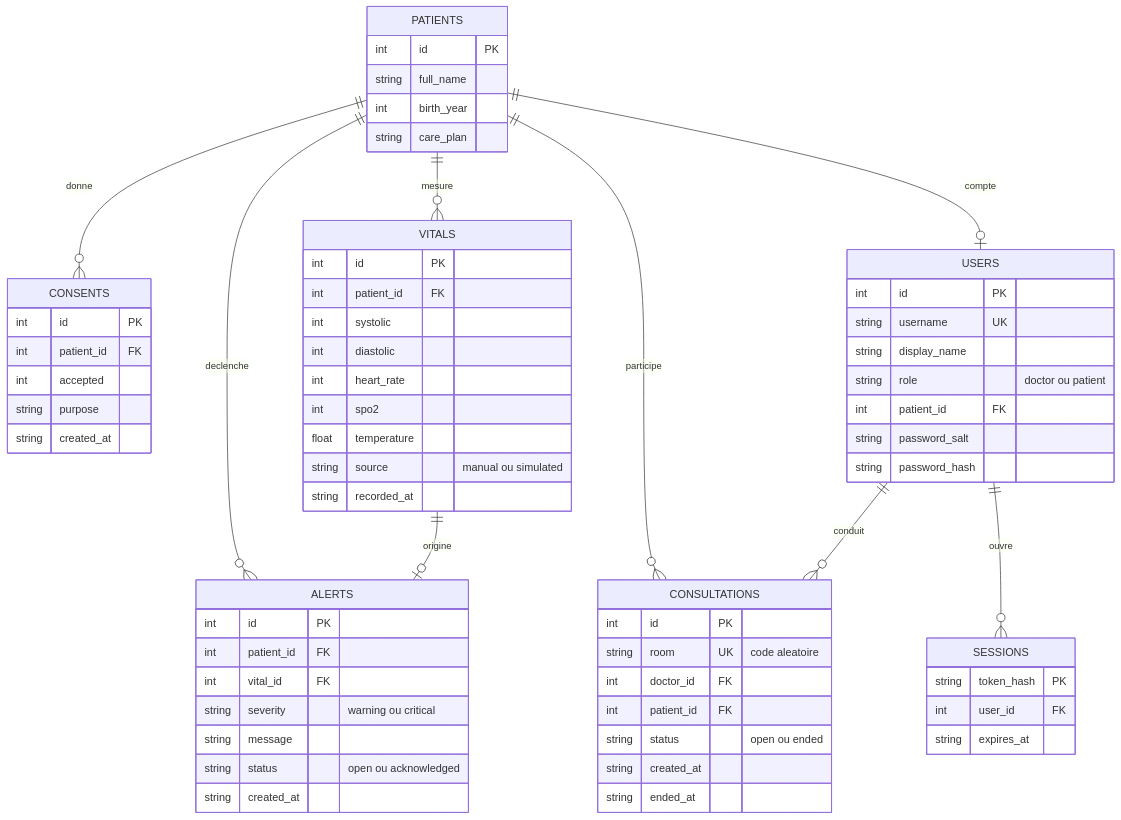
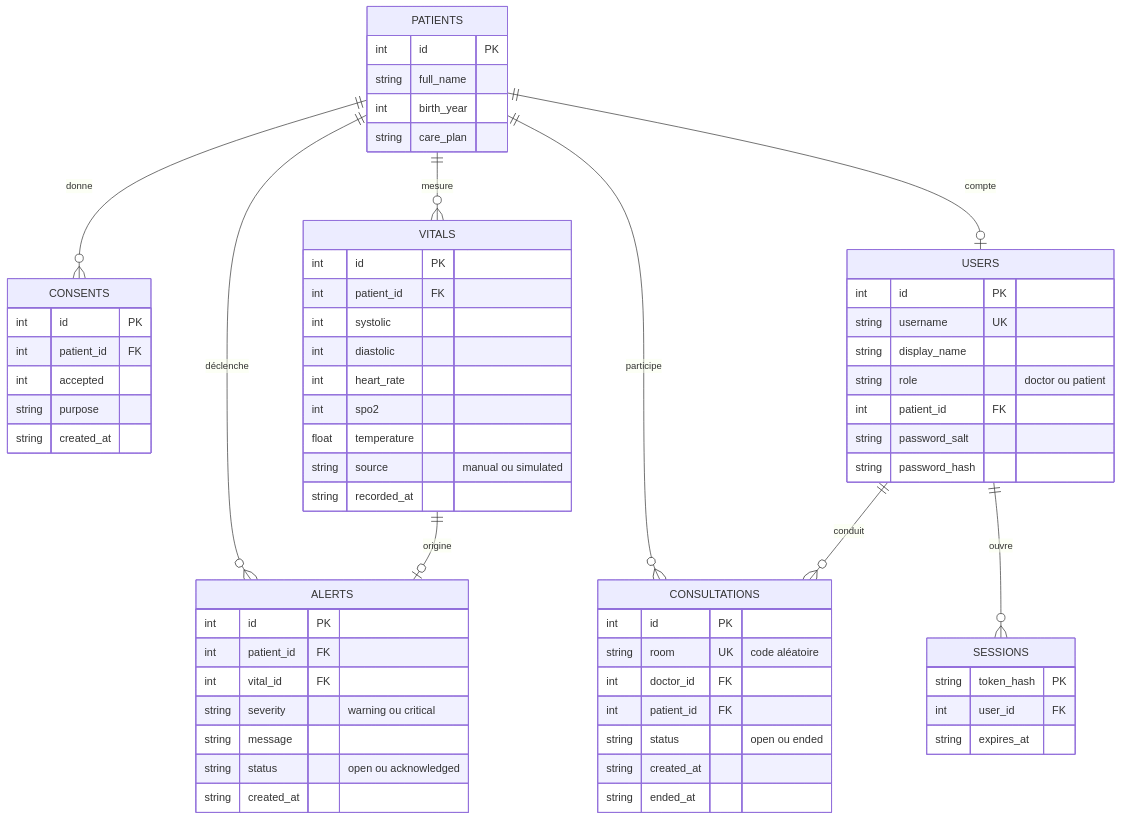
Before and after one commit to Marouan333/sahalink: the second of 2 diagrams in docs/architecture.md, drawn with Mermaid. The commit also changed other lines of this file and 15 other files, not shown here.

First line of the commit message:
feat: patient registration, patient list, vital-sign charts, hardening, accents

````diff
--- a/docs/architecture.md
+++ b/docs/architecture.md
@@ -62,67 +62,67 @@
 ```mermaid
 erDiagram
   PATIENTS ||--o{ CONSENTS : donne
   PATIENTS ||--o{ VITALS : mesure
-  PATIENTS ||--o{ ALERTS : declenche
+  PATIENTS ||--o{ ALERTS : déclenche
   VITALS ||--o| ALERTS : origine
   PATIENTS ||--o{ CONSULTATIONS : participe
   USERS ||--o{ CONSULTATIONS : conduit
   USERS ||--o{ SESSIONS : ouvre
   PATIENTS ||--o| USERS : compte
   PATIENTS {
     int id PK
     string full_name
     int birth_year
     string care_plan
   }
   USERS {
     int id PK
     string username UK
     string display_name
     string role "doctor ou patient"
     int patient_id FK
     string password_salt
     string password_hash
   }
   SESSIONS {
     string token_hash PK
     int user_id FK
     string expires_at
   }
   CONSENTS {
     int id PK
     int patient_id FK
     int accepted
     string purpose
     string created_at
   }
   VITALS {
     int id PK
     int patient_id FK
     int systolic
     int diastolic
     int heart_rate
     int spo2
     float temperature
     string source "manual ou simulated"
     string recorded_at
   }
   ALERTS {
     int id PK
     int patient_id FK
     int vital_id FK
     string severity "warning ou critical"
     string message
     string status "open ou acknowledged"
     string created_at
   }
   CONSULTATIONS {
     int id PK
-    string room UK "code aleatoire"
+    string room UK "code aléatoire"
     int doctor_id FK
     int patient_id FK
     string status "open ou ended"
     string created_at
     string ended_at
   }
 ```
````
